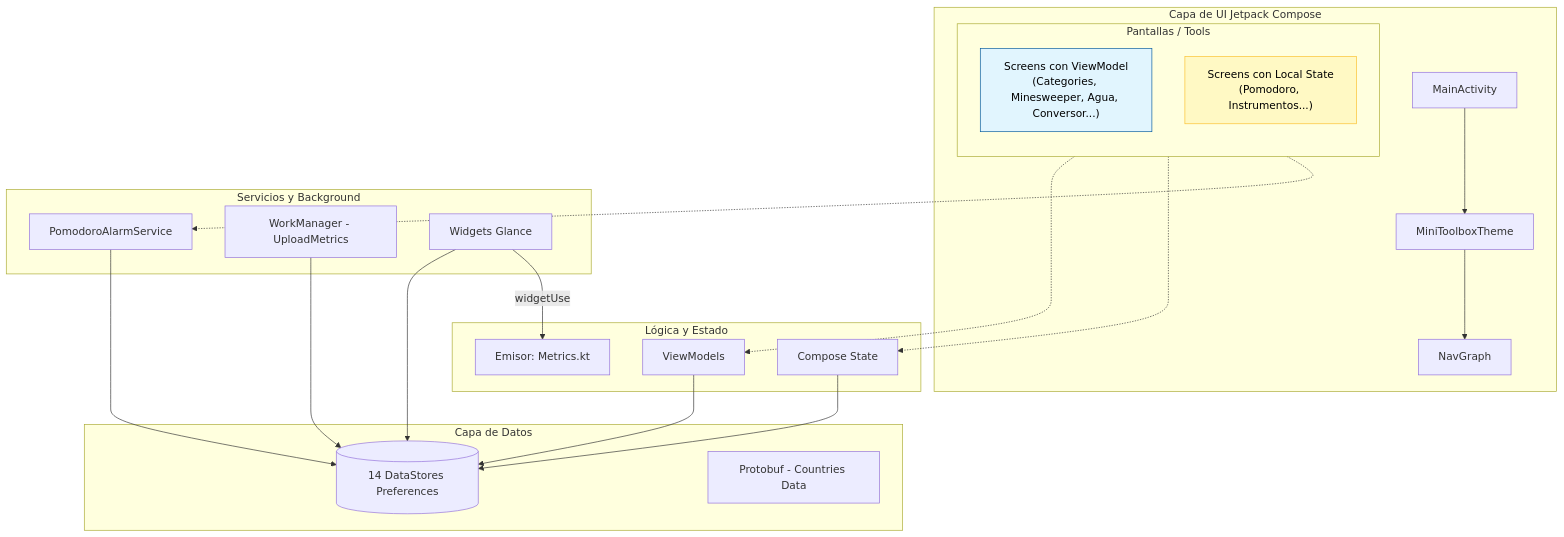
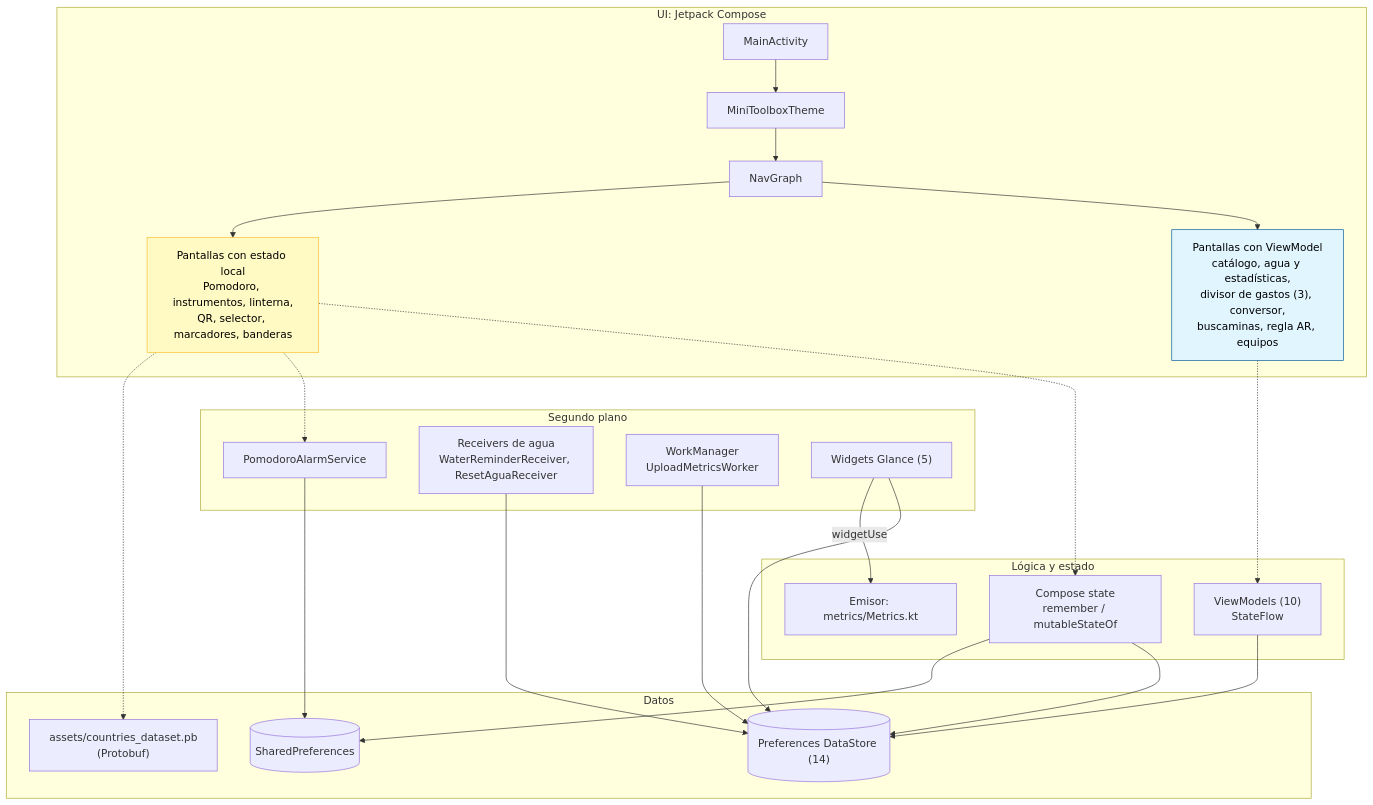
The first of 4 diagrams in docs/architecture.md (JoaquinSasso/MiniToolbox), drawn with Mermaid before and after one commit. The commit also changed other lines of this file and 3 other files, not shown here.

First line of the commit message:
docs(architecture): verificar contra master y actualizar diagramas y conteos

````diff
--- a/docs/architecture.md
+++ b/docs/architecture.md
@@ -18,42 +20,43 @@
 ```mermaid
 flowchart TD
-    subgraph UI_Layer [Capa de UI Jetpack Compose]
+    subgraph UI [UI: Jetpack Compose]
         MA[MainActivity] --> MT[MiniToolboxTheme]
         MT --> NG[NavGraph]
-        
-        subgraph Screens [Pantallas / Tools]
-            direction TB
-            VM_Screens["Screens con ViewModel<br/>(Categories, Minesweeper, Agua, Conversor...)"]
-            State_Screens["Screens con Local State<br/>(Pomodoro, Instrumentos...)"]
-            style VM_Screens fill:#e1f5fe,stroke:#01579b,color:#000
-            style State_Screens fill:#fff9c4,stroke:#fbc02d,color:#000
-        end
+        NG --> VMS["Pantallas con ViewModel<br/>catálogo, agua y estadísticas,<br/>divisor de gastos (3), conversor,<br/>buscaminas, regla AR, equipos"]
+        NG --> LSS["Pantallas con estado local<br/>Pomodoro, instrumentos, linterna,<br/>QR, selector, marcadores, banderas"]
+        style VMS fill:#e1f5fe,stroke:#01579b,color:#000
+        style LSS fill:#fff9c4,stroke:#fbc02d,color:#000
     end
 
-    subgraph Logic_State [Lógica y Estado]
-        VM[ViewModels]
-        CS[Compose State]
-        MET["Emisor: Metrics.kt"]
+    subgraph Logic [Lógica y estado]
+        VM["ViewModels (10)<br/>StateFlow"]
+        CS["Compose state<br/>remember / mutableStateOf"]
+        MET["Emisor: metrics/Metrics.kt"]
     end
 
-    subgraph Services_Background [Servicios y Background]
+    subgraph Background [Segundo plano]
         PAS[PomodoroAlarmService]
-        WM[WorkManager - UploadMetrics]
-        GW[Widgets Glance]
+        AR["Receivers de agua<br/>WaterReminderReceiver, ResetAguaReceiver"]
+        WM["WorkManager<br/>UploadMetricsWorker"]
+        GW["Widgets Glance (5)"]
     end
 
-    subgraph Data_Layer [Capa de Datos]
-        DS[(14 DataStores Preferences)]
-        PB[Protobuf - Countries Data]
+    subgraph Data [Datos]
+        DS[("Preferences DataStore (14)")]
+        SP[("SharedPreferences")]
+        PB["assets/countries_dataset.pb<br/>(Protobuf)"]
     end
 
-    VM_Screens -.-> VM
-    State_Screens -.-> CS
+    VMS -.-> VM
+    LSS -.-> CS
     VM --> DS
     CS --> DS
-    PAS --> DS
+    CS --> SP
+    LSS -.-> PAS
+    PAS --> SP
+    AR --> DS
     WM --> DS
     GW --> DS
-    State_Screens -.-> PAS
+    LSS -.-> PB
     GW -->|widgetUse| MET
 ```
````
